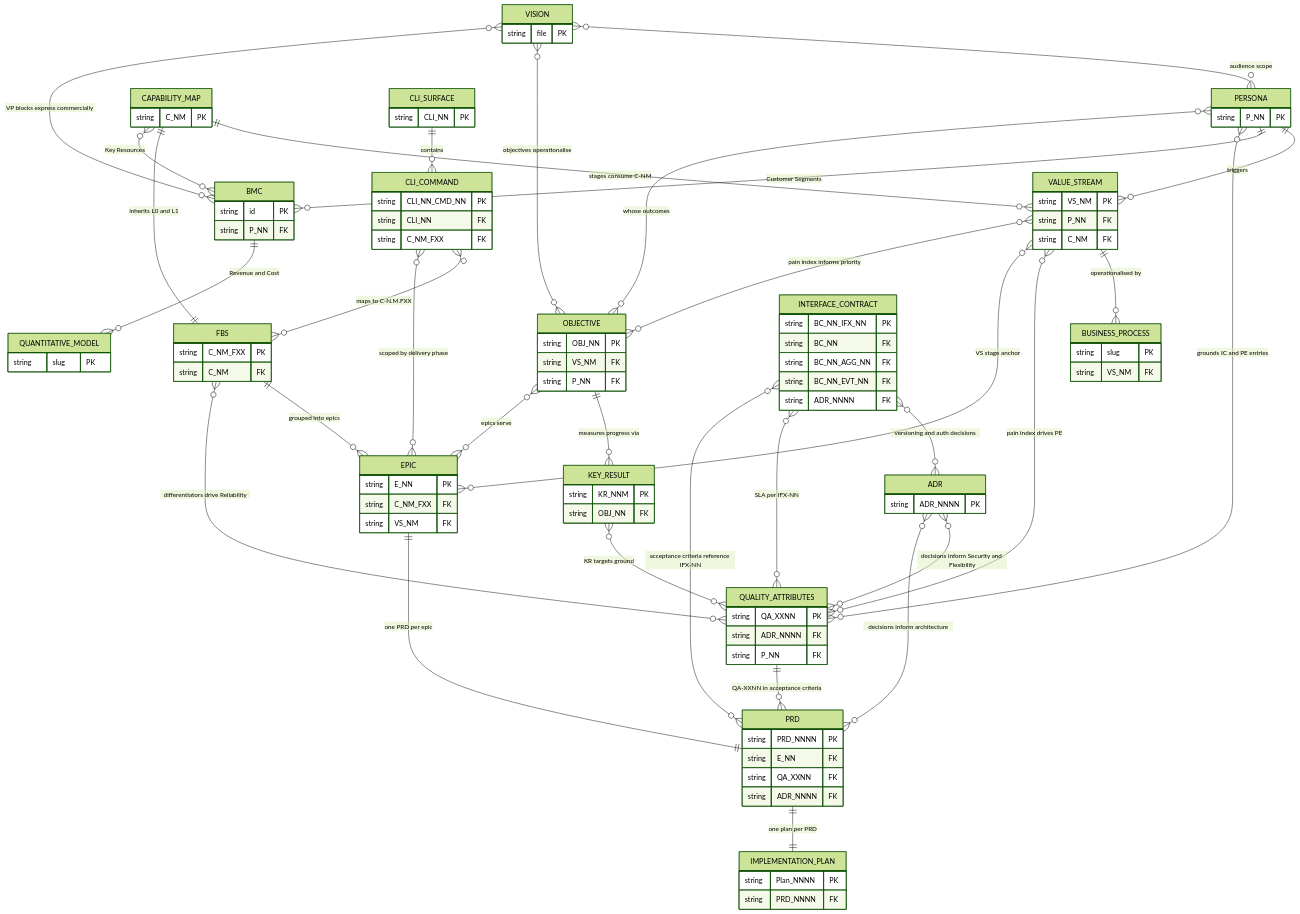
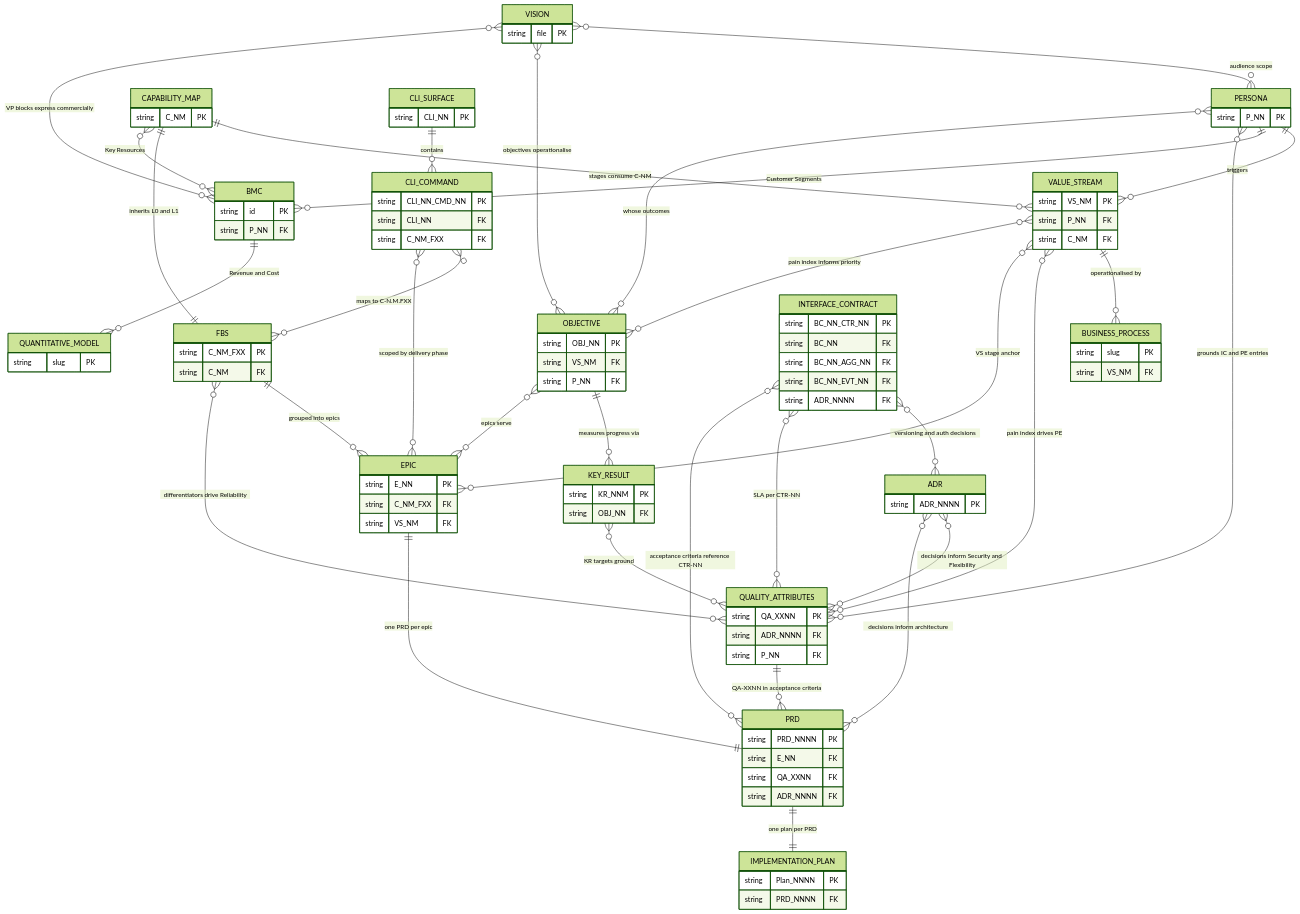
Before and after one commit to VictorHueni/homemade-claude-kit: the diagram in rules/metamodel.md, drawn with Mermaid (forest theme). The commit also changed other lines of this file and 4 other files, not shown here.

First line of the commit message:
Rename interface contract ID: IFX → CTR

```diff
--- a/rules/metamodel.md
+++ b/rules/metamodel.md
@@ -233,7 +233,7 @@
         string PRD_NNNN FK
     }
     INTERFACE_CONTRACT {
-        string BC_NN_IFX_NN PK
+        string BC_NN_CTR_NN PK
         string BC_NN FK
         string BC_NN_AGG_NN FK
         string BC_NN_EVT_NN FK
@@ -274,8 +274,8 @@
     QUALITY_ATTRIBUTES ||--o{ PRD : "QA-XXNN in acceptance criteria"
     PRD ||--|| IMPLEMENTATION_PLAN : "one plan per PRD"
     INTERFACE_CONTRACT }o--o{ ADR : "versioning and auth decisions"
-    INTERFACE_CONTRACT }o--o{ QUALITY_ATTRIBUTES : "SLA per IFX-NN"
-    INTERFACE_CONTRACT }o--o{ PRD : "acceptance criteria reference IFX-NN"
+    INTERFACE_CONTRACT }o--o{ QUALITY_ATTRIBUTES : "SLA per CTR-NN"
+    INTERFACE_CONTRACT }o--o{ PRD : "acceptance criteria reference CTR-NN"
     CLI_SURFACE ||--o{ CLI_COMMAND : "contains"
     CLI_COMMAND }o--o{ FBS : "maps to C-N.M.FXX"
     CLI_COMMAND }o--o{ EPIC : "scoped by delivery phase"
```
